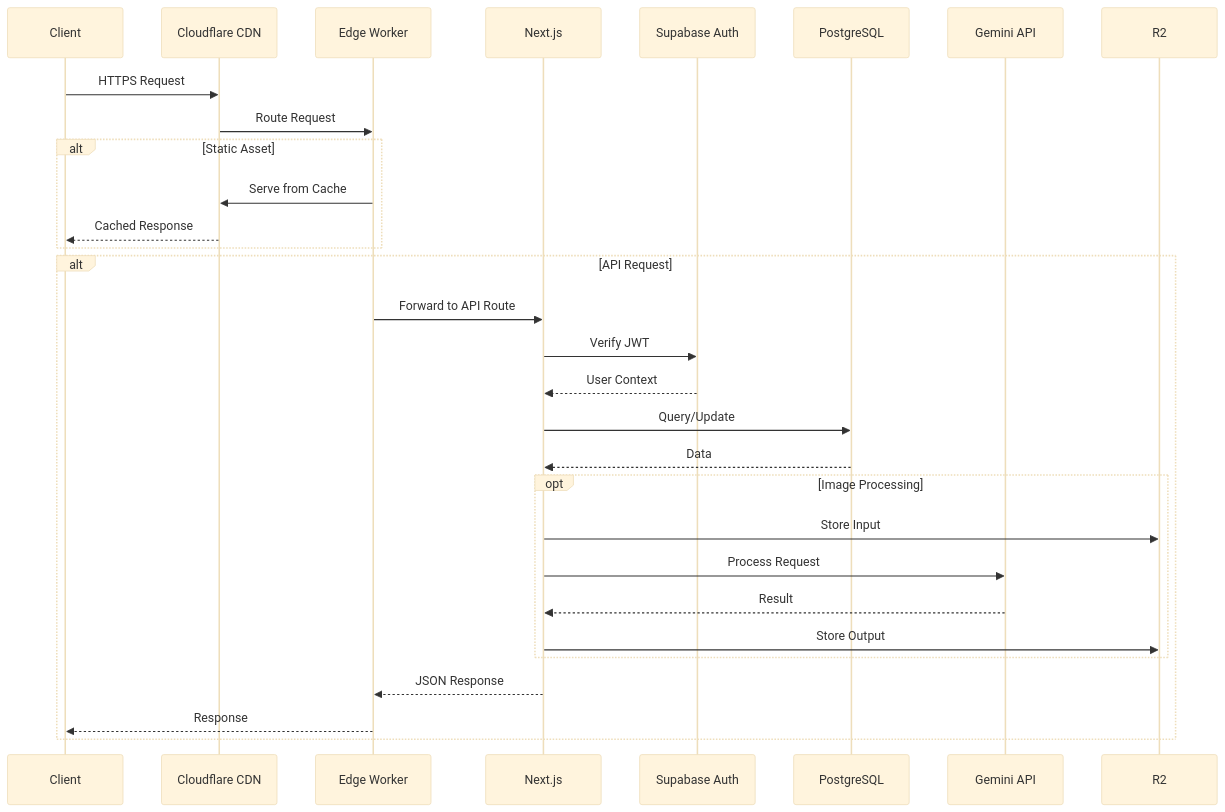
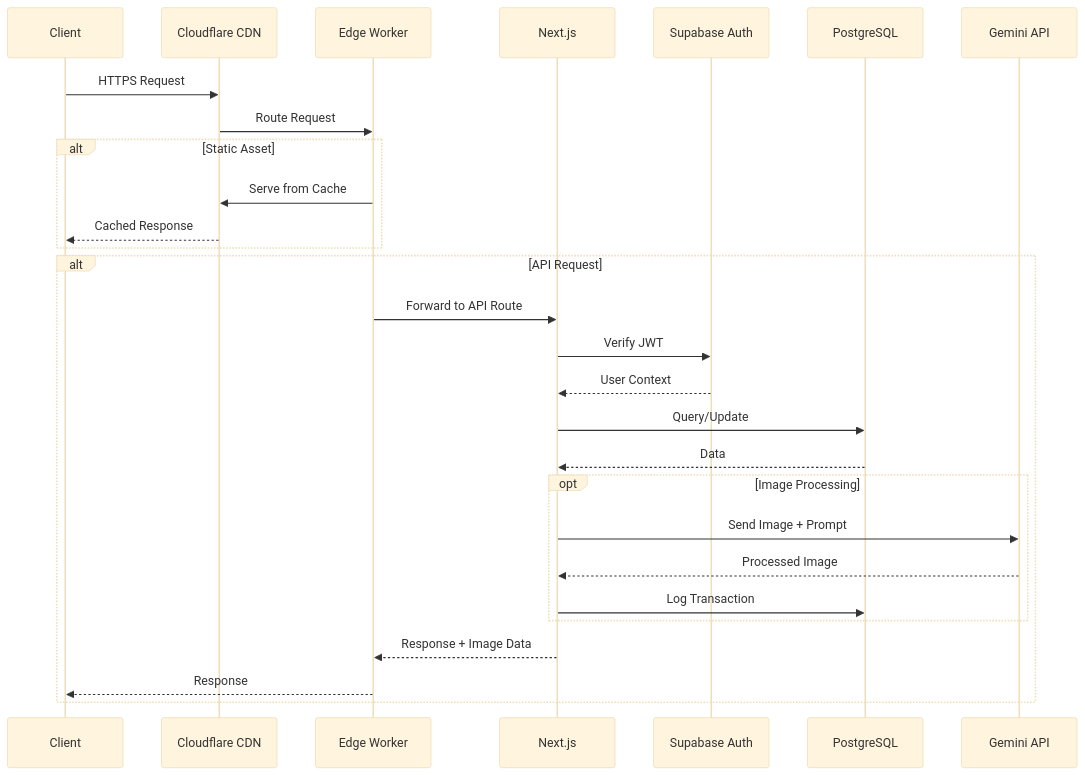
Before and after one commit to jonit-dev/pixelperfect: the third of 10 diagrams in docs/technical/system-architecture.md, drawn with Mermaid (base theme). The commit also changed other lines of this file and 10 other files, not shown here.

````diff
--- a/docs/technical/system-architecture.md
+++ b/docs/technical/system-architecture.md
@@ -102,38 +98,36 @@
 ```mermaid
 sequenceDiagram
     participant Client
     participant CDN as Cloudflare CDN
     participant Worker as Edge Worker
     participant App as Next.js
     participant Auth as Supabase Auth
     participant DB as PostgreSQL
     participant AI as Gemini API
-    participant Storage as R2
 
     Client->>CDN: HTTPS Request
     CDN->>Worker: Route Request
 
     alt Static Asset
         Worker->>CDN: Serve from Cache
         CDN-->>Client: Cached Response
     end
 
     alt API Request
         Worker->>App: Forward to API Route
         App->>Auth: Verify JWT
         Auth-->>App: User Context
 
         App->>DB: Query/Update
         DB-->>App: Data
 
         opt Image Processing
-            App->>Storage: Store Input
-            App->>AI: Process Request
-            AI-->>App: Result
-            App->>Storage: Store Output
+            App->>AI: Send Image + Prompt
+            AI-->>App: Processed Image
+            App->>DB: Log Transaction
         end
 
-        App-->>Worker: JSON Response
+        App-->>Worker: Response + Image Data
         Worker-->>Client: Response
     end
 ```
````
